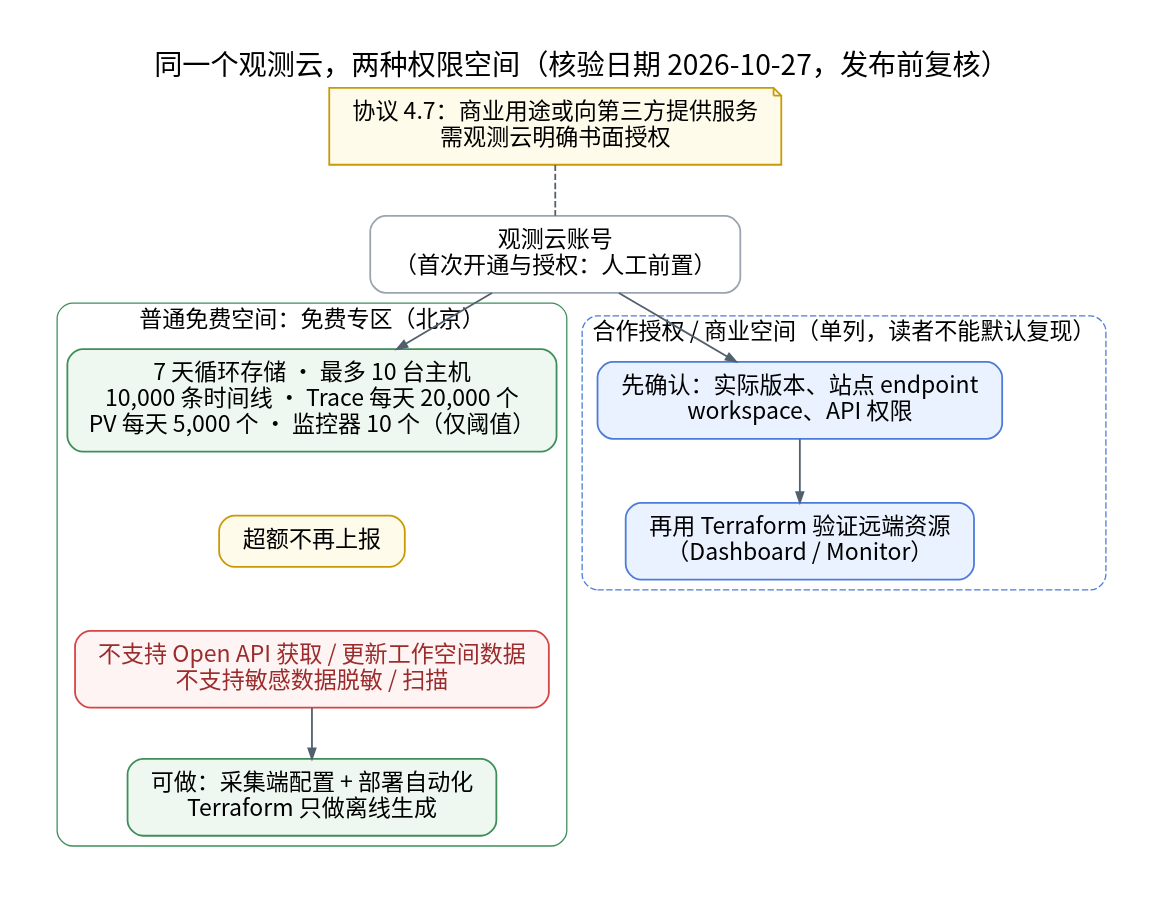
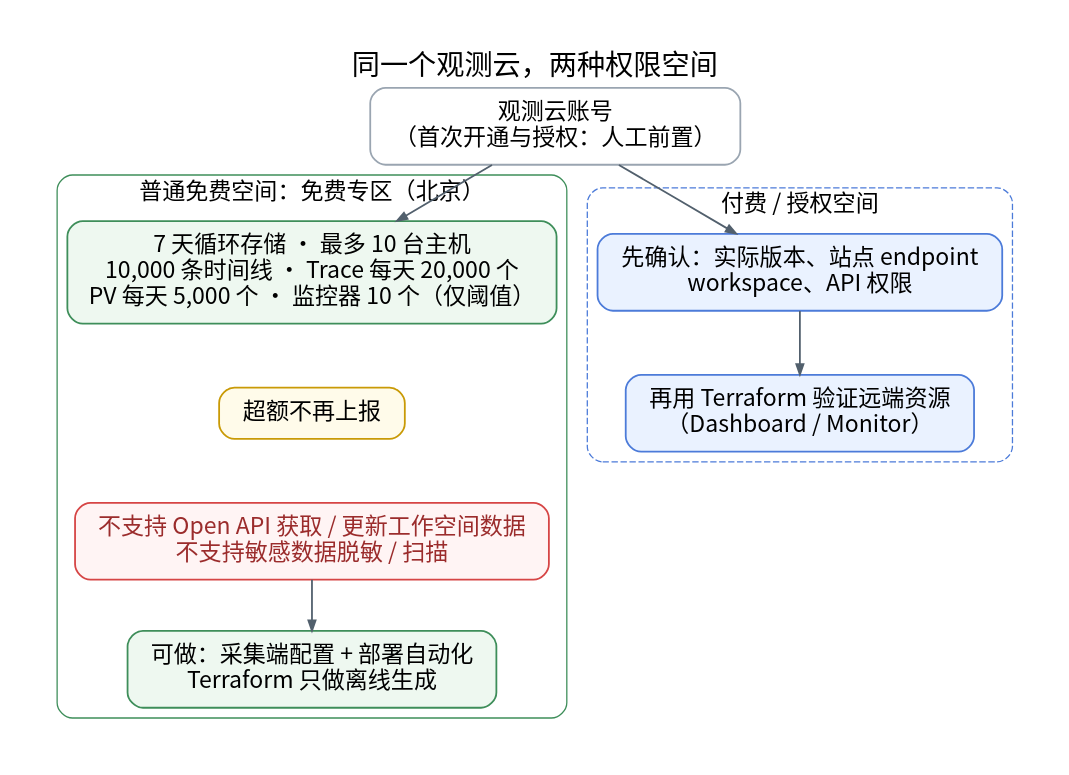
The diagram in content/03-observability/guance-data-ai/articles/_shared/diagrams-src/a1-02-free-boundary.dot (ai-workspace-services/knowledge), drawn with Graphviz before and after one commit. The commit also changed 26 other files, not shown here.

Commit message:
docs(guance): animated GIF diagrams, drop byline and auxiliary notes

```diff
--- a/content/03-observability/guance-data-ai/articles/_shared/diagrams-src/a1-02-free-boundary.dot
+++ b/content/03-observability/guance-data-ai/articles/_shared/diagrams-src/a1-02-free-boundary.dot
@@ -1,20 +1,19 @@
 digraph G { rankdir=TB; graph [bgcolor="white", fontname="Noto Sans CJK SC", fontsize=22, pad=0.4, nodesep=0.45, ranksep=0.55, labelloc=t];
 node [shape=box, style="rounded,filled", fillcolor="#F5F7FA", color="#9AA5B1", fontname="Noto Sans CJK SC", fontsize=18, margin="0.25,0.14", penwidth=1.4];
 edge [color="#52606D", fontname="Noto Sans CJK SC", fontsize=15, penwidth=1.4, arrowsize=0.8];
-label="同一个观测云，两种权限空间（核验日期 2026-10-27，发布前复核）";
+label="同一个观测云，两种权限空间";
 start [label="观测云账号\n（首次开通与授权：人工前置）", fillcolor="#FFFFFF"];
 subgraph cluster_free { label="普通免费空间：免费专区（北京）"; style="rounded"; color="#3E8E5A"; fontsize=18;
  f1 [label="7 天循环存储 · 最多 10 台主机\n10,000 条时间线 · Trace 每天 20,000 个\nPV 每天 5,000 个 · 监控器 10 个（仅阈值）", fillcolor="#EEF8F0", color="#3E8E5A"];
  f2 [label="超额不再上报", fillcolor="#FFFBEA", color="#C99A06"];
  f3 [label="不支持 Open API 获取 / 更新工作空间数据\n不支持敏感数据脱敏 / 扫描", fillcolor="#FFF4F4", color="#D64545", fontcolor="#9B2C2C"];
  f4 [label="可做：采集端配置 + 部署自动化\nTerraform 只做离线生成", fillcolor="#EEF8F0", color="#3E8E5A"];
  f1 -> f2 [style=invis]; f2 -> f3 [style=invis]; f3 -> f4;
 }
-subgraph cluster_coop { label="合作授权 / 商业空间（单列，读者不能默认复现）"; style="rounded,dashed"; color="#4C7BD9"; fontsize=18;
+subgraph cluster_coop { label="付费 / 授权空间"; style="rounded,dashed"; color="#4C7BD9"; fontsize=18;
  c1 [label="先确认：实际版本、站点 endpoint\nworkspace、API 权限", fillcolor="#EAF2FF", color="#4C7BD9"];
  c2 [label="再用 Terraform 验证远端资源\n（Dashboard / Monitor）", fillcolor="#EAF2FF", color="#4C7BD9"];
  c1 -> c2;
 }
-rule [label="协议 4.7：商业用途或向第三方提供服务\n需观测云明确书面授权", shape=note, fillcolor="#FFFBEA", color="#C99A06"];
-start -> f1; start -> c1; rule -> start [style=dashed, arrowhead=none];
+start -> f1; start -> c1;
 }
```
